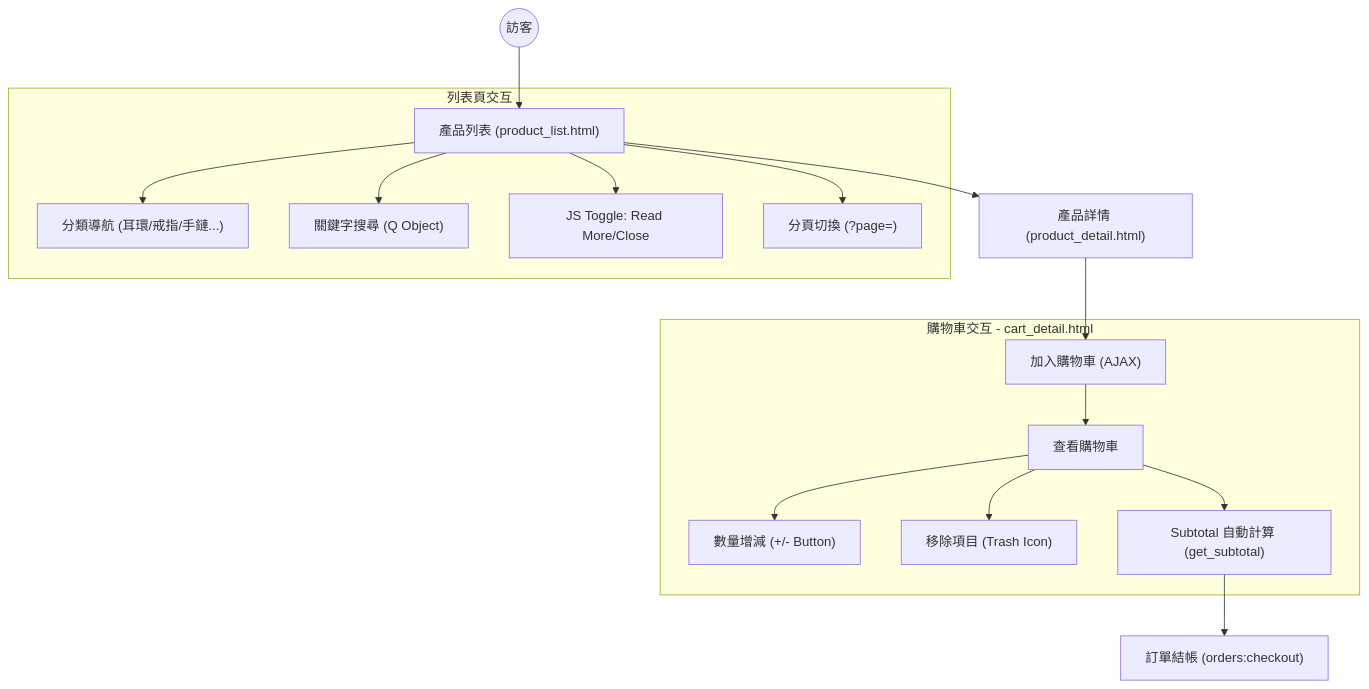
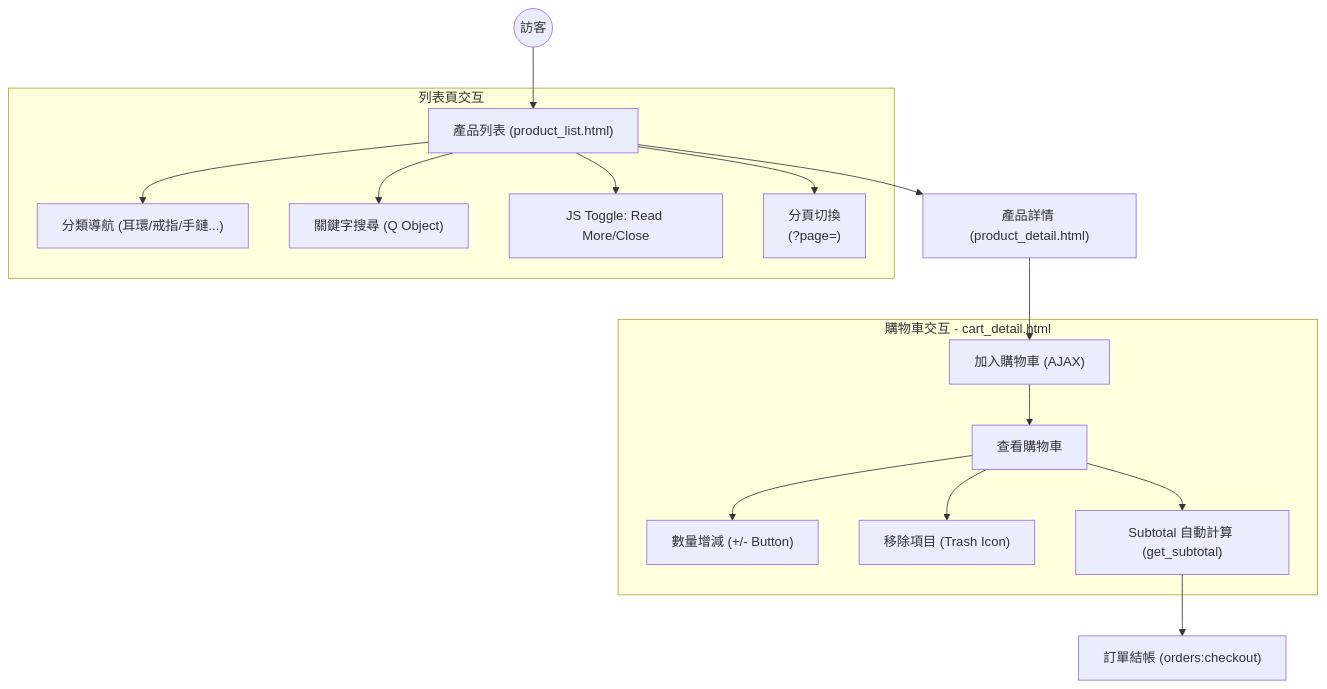
The fifth of 8 diagrams in python_django_project/UML_of_e-commerce.md (OscarLoOscar/django_ecommerce), drawn with Mermaid before and after one commit. The commit also changed other lines of this file, not shown here.

Commit message:
renew UML

````diff
--- a/python_django_project/UML_of_e-commerce.md
+++ b/python_django_project/UML_of_e-commerce.md
@@ -188,23 +187,23 @@
 ```mermaid
 graph TD
     V((訪客)) --> PL["產品列表 (product_list.html)"]
 
     subgraph PL_Interaction [列表頁交互]
         PL --> CAT["分類導航 (耳環/戒指/手鏈...)"]
         PL --> SEARCH["關鍵字搜尋 (Q Object)"]
         PL --> READ_MORE["JS Toggle: Read More/Close"]
-        PL --> PAGI["分頁切換 (?page=)"]
+        PL --> PAGI["分頁切換 <br/>(?page=)"]
     end
 
     PL --> PD["產品詳情 (product_detail.html)"]
     PD --> ADD["加入購物車 (AJAX)"]
 
     subgraph Cart_Interaction [購物車交互 - cart_detail.html]
         ADD --> CV["查看購物車"]
         CV --> QTY["數量增減 (+/- Button)"]
         CV --> RMV["移除項目 (Trash Icon)"]
         CV --> TOTAL["Subtotal 自動計算 (get_subtotal)"]
     end
 
     TOTAL --> CHECKOUT["訂單結帳 (orders:checkout)"]
 ```
````
